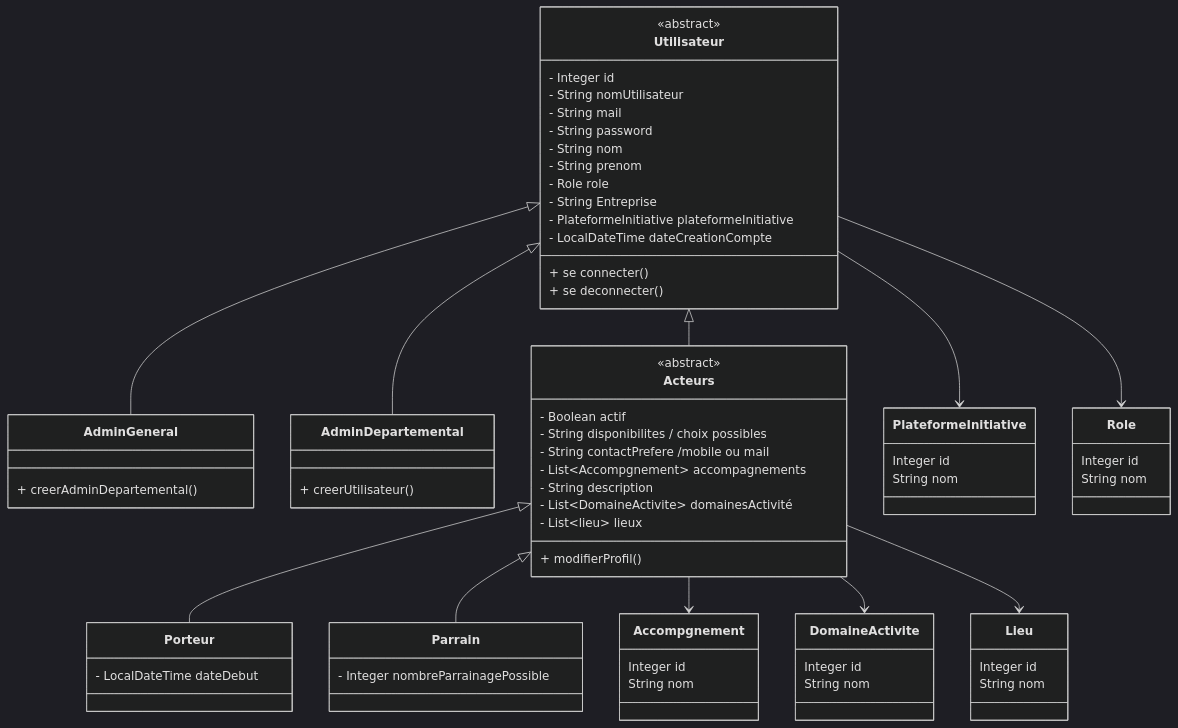
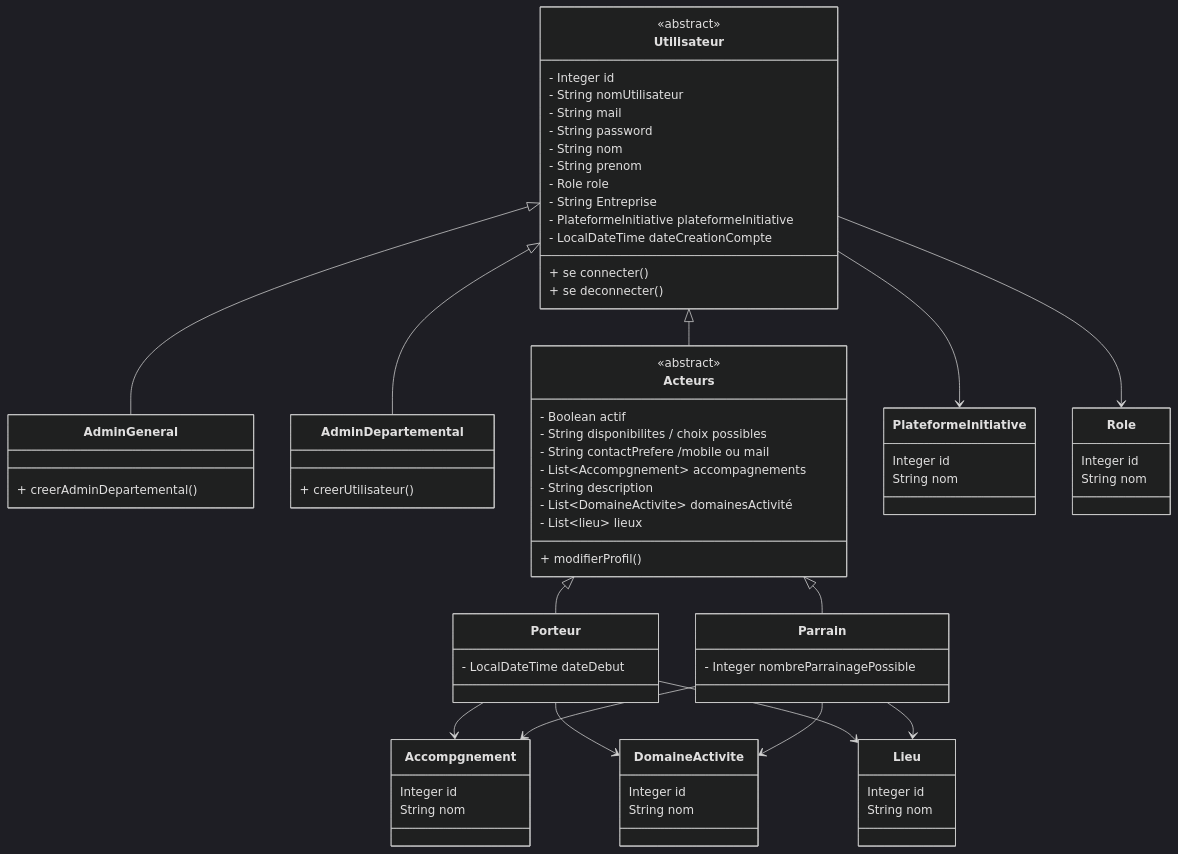
One commit to OlivierV79/projet_fil_rouge_CDA changed the diagram in Documents/modelConceptuelDonnées.md. Above: the diagram before and after it, drawn with Mermaid (dark theme). The commit also changed 42 other files, not shown here.

```diff
--- a/Documents/modelConceptuelDonnées.md
+++ b/Documents/modelConceptuelDonnées.md
@@ -84,9 +84,13 @@
     Acteurs <|-- Porteur
     Acteurs <|-- Parrain
 
-    Acteurs --> Accompgnement
-    Acteurs --> DomaineActivite
-    Acteurs --> Lieu
+    Porteur --> Accompgnement
+    Porteur --> DomaineActivite
+    Porteur --> Lieu
+
+    Parrain --> Accompgnement
+    Parrain --> DomaineActivite
+    Parrain --> Lieu
 
   
     
```
